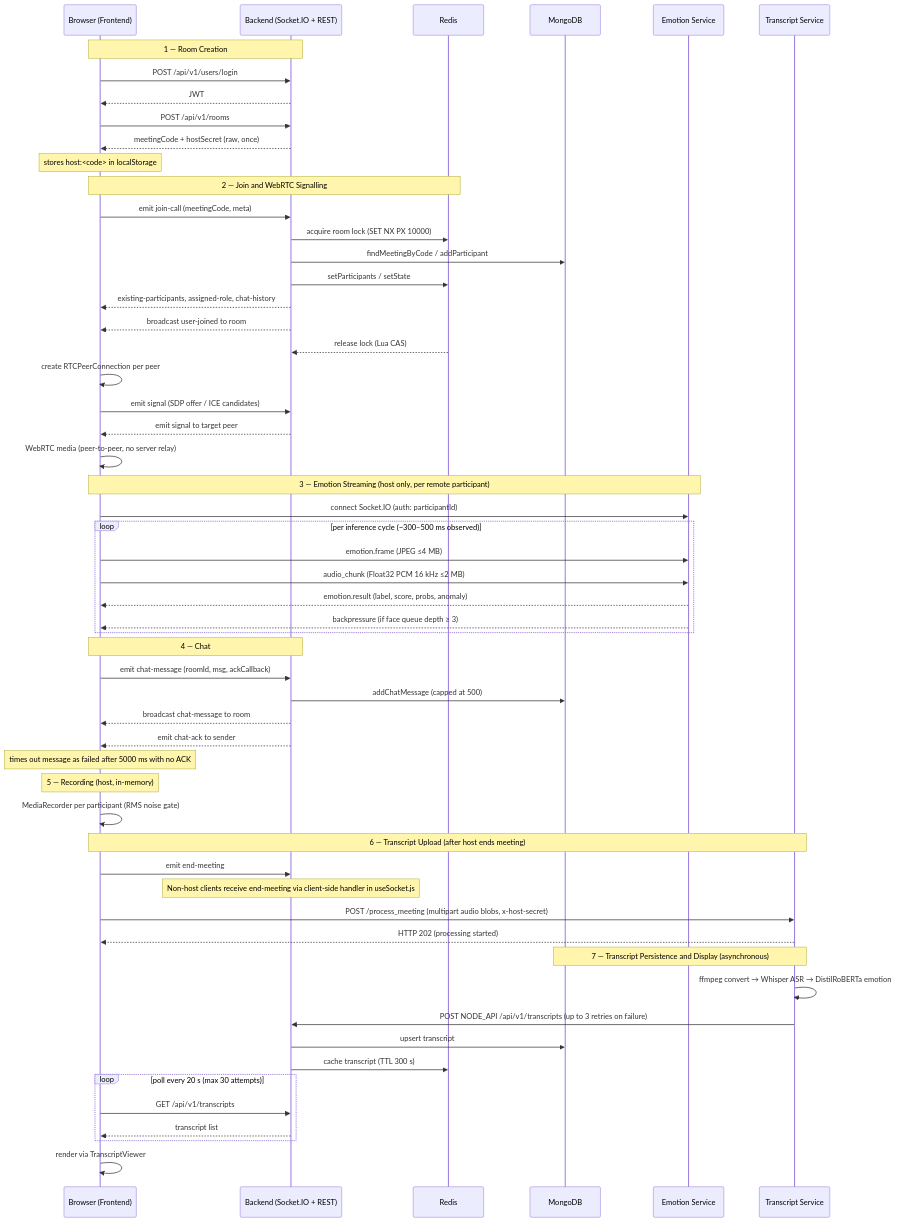
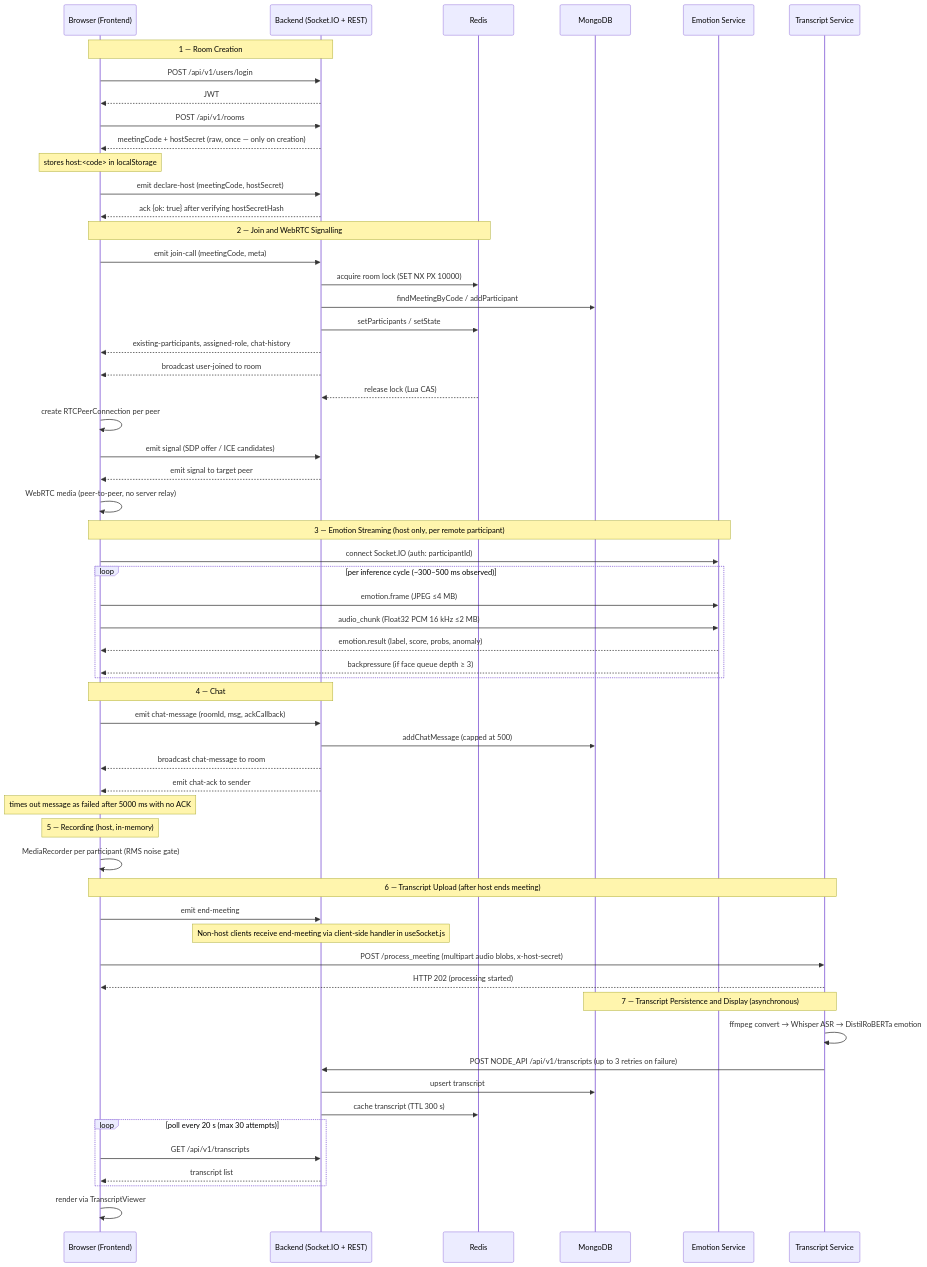
Before and after one commit to AnupamKumar-1/Hoovik: the third of 9 diagrams in README.md, drawn with Mermaid. The commit also changed other lines of this file and 1 other file, not shown here.

First line of the commit message:
fix: event-driven declare-host and update README

````diff
--- a/README.md
+++ b/README.md
@@ -300,65 +301,67 @@
 ```mermaid
 sequenceDiagram
     participant FE as Browser (Frontend)
     participant BE as Backend (Socket.IO + REST)
     participant RD as Redis
     participant MG as MongoDB
     participant EM as Emotion Service
     participant TS as Transcript Service
 
     Note over FE,BE: 1 — Room Creation
     FE->>BE: POST /api/v1/users/login
     BE-->>FE: JWT
     FE->>BE: POST /api/v1/rooms
-    BE-->>FE: meetingCode + hostSecret (raw, once)
+    BE-->>FE: meetingCode + hostSecret (raw, once — only on creation)
     Note over FE: stores host:<code> in localStorage
+    FE->>BE: emit declare-host (meetingCode, hostSecret)
+    BE-->>FE: ack {ok: true} after verifying hostSecretHash
 
     Note over FE,RD: 2 — Join and WebRTC Signalling
     FE->>BE: emit join-call (meetingCode, meta)
     BE->>RD: acquire room lock (SET NX PX 10000)
     BE->>MG: findMeetingByCode / addParticipant
     BE->>RD: setParticipants / setState
     BE-->>FE: existing-participants, assigned-role, chat-history
     BE-->>FE: broadcast user-joined to room
     RD-->>BE: release lock (Lua CAS)
     FE->>FE: create RTCPeerConnection per peer
     FE->>BE: emit signal (SDP offer / ICE candidates)
     BE-->>FE: emit signal to target peer
     FE->>FE: WebRTC media (peer-to-peer, no server relay)
 
     Note over FE,EM: 3 — Emotion Streaming (host only, per remote participant)
     FE->>EM: connect Socket.IO (auth: participantId)
     loop per inference cycle (~300–500 ms observed)
         FE->>EM: emotion.frame (JPEG ≤4 MB)
         FE->>EM: audio_chunk (Float32 PCM 16 kHz ≤2 MB)
         EM-->>FE: emotion.result (label, score, probs, anomaly)
         EM-->>FE: backpressure (if face queue depth ≥ 3)
     end
 
     Note over FE,BE: 4 — Chat
     FE->>BE: emit chat-message (roomId, msg, ackCallback)
     BE->>MG: addChatMessage (capped at 500)
     BE-->>FE: broadcast chat-message to room
     BE-->>FE: emit chat-ack to sender
     Note over FE: times out message as failed after 5000 ms with no ACK
 
     Note over FE: 5 — Recording (host, in-memory)
     FE->>FE: MediaRecorder per participant (RMS noise gate)
 
     Note over FE,TS: 6 — Transcript Upload (after host ends meeting)
     FE->>BE: emit end-meeting
     Note over BE: Non-host clients receive end-meeting via client-side handler in useSocket.js
     FE->>TS: POST /process_meeting (multipart audio blobs, x-host-secret)
     TS-->>FE: HTTP 202 (processing started)
 
     Note over TS,MG: 7 — Transcript Persistence and Display (asynchronous)
     TS->>TS: ffmpeg convert → Whisper ASR → DistilRoBERTa emotion
     TS->>BE: POST NODE_API /api/v1/transcripts (up to 3 retries on failure)
     BE->>MG: upsert transcript
     BE->>RD: cache transcript (TTL 300 s)
     loop poll every 20 s (max 30 attempts)
         FE->>BE: GET /api/v1/transcripts
         BE-->>FE: transcript list
     end
     FE->>FE: render via TranscriptViewer
 ```
````
